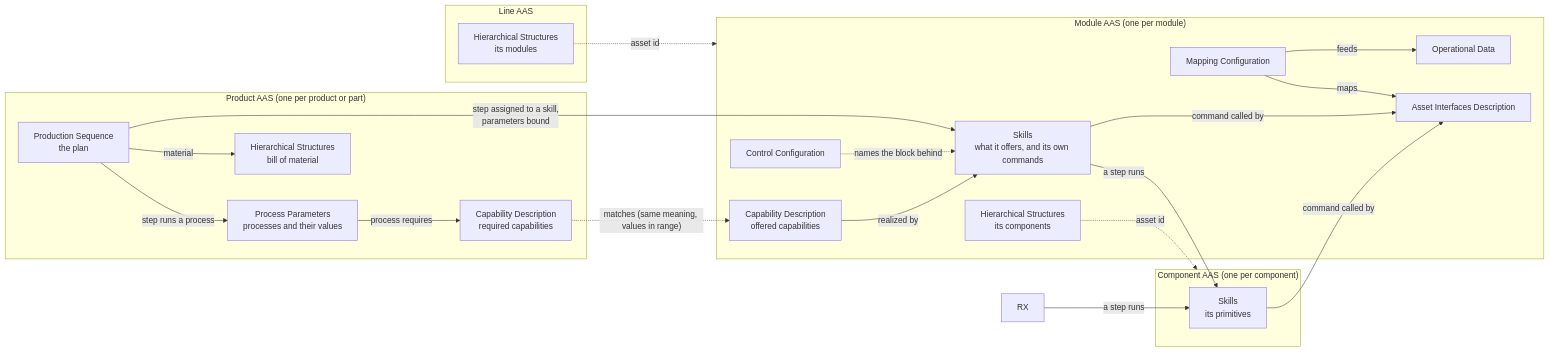
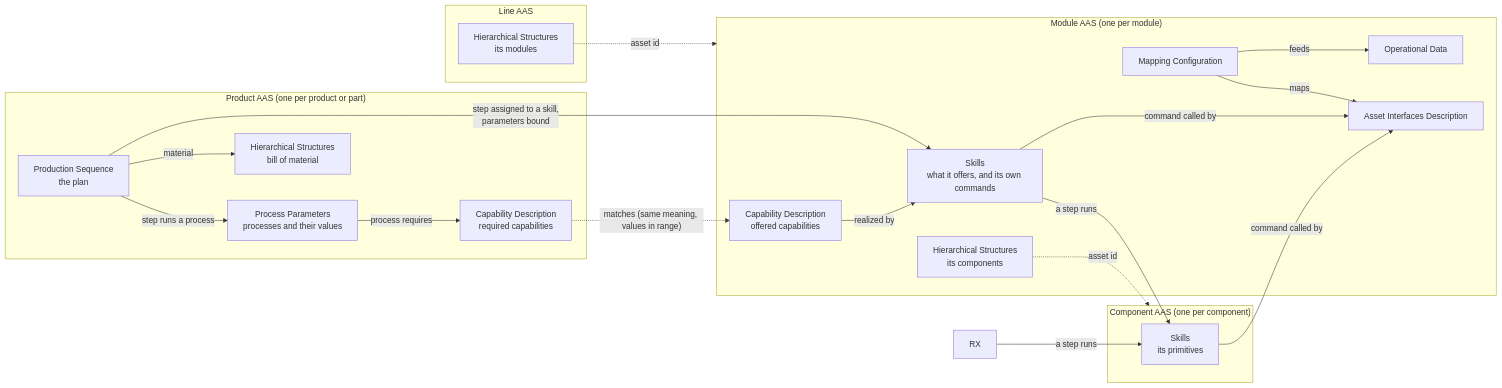
Before and after one commit to AAUSmartProductionLab/iec61499-mgmt-py: the diagram in docs/aas-models.md, drawn with Mermaid. The commit also changed other lines of this file and 9 other files, not shown here.

````diff
--- a/docs/aas-models.md
+++ b/docs/aas-models.md
@@ -27,39 +27,37 @@
 ```mermaid
 flowchart LR
   subgraph P["Product AAS (one per product or part)"]
     PB["Hierarchical Structures<br/>bill of material"]
     PP["Process Parameters<br/>processes and their values"]
     PC["Capability Description<br/>required capabilities"]
     PS["Production Sequence<br/>the plan"]
   end
   subgraph R["Module AAS (one per module)"]
     RC["Capability Description<br/>offered capabilities"]
     RS["Skills<br/>what it offers, and its own commands"]
     RI["Asset Interfaces Description"]
     RM["Mapping Configuration"]
     RO["Operational Data"]
     RH["Hierarchical Structures<br/>its components"]
-    RK["Control Configuration"]
   end
   subgraph C["Component AAS (one per component)"]
     CS["Skills<br/>its primitives"]
   end
   subgraph L["Line AAS"]
     LH["Hierarchical Structures<br/>its modules"]
   end
   PP -- "process requires" --> PC
   PS -- "step runs a process" --> PP
   PS -- "material" --> PB
   PC -. "matches (same meaning, values in range)" .-> RC
   PS -- "step assigned to a skill,<br/>parameters bound" --> RS
   RC -- "realized by" --> RS
   RS -- "a step runs" --> CS
   RX -- "a step runs" --> CS
   RS -- "command called by" --> RI
   CS -- "command called by" --> RI
   RM -- "maps" --> RI
   RM -- "feeds" --> RO
-  RK -. "names the block behind" .-> RS
   RH -. "asset id" .-> C
   LH -. "asset id" .-> R
 ```
````
